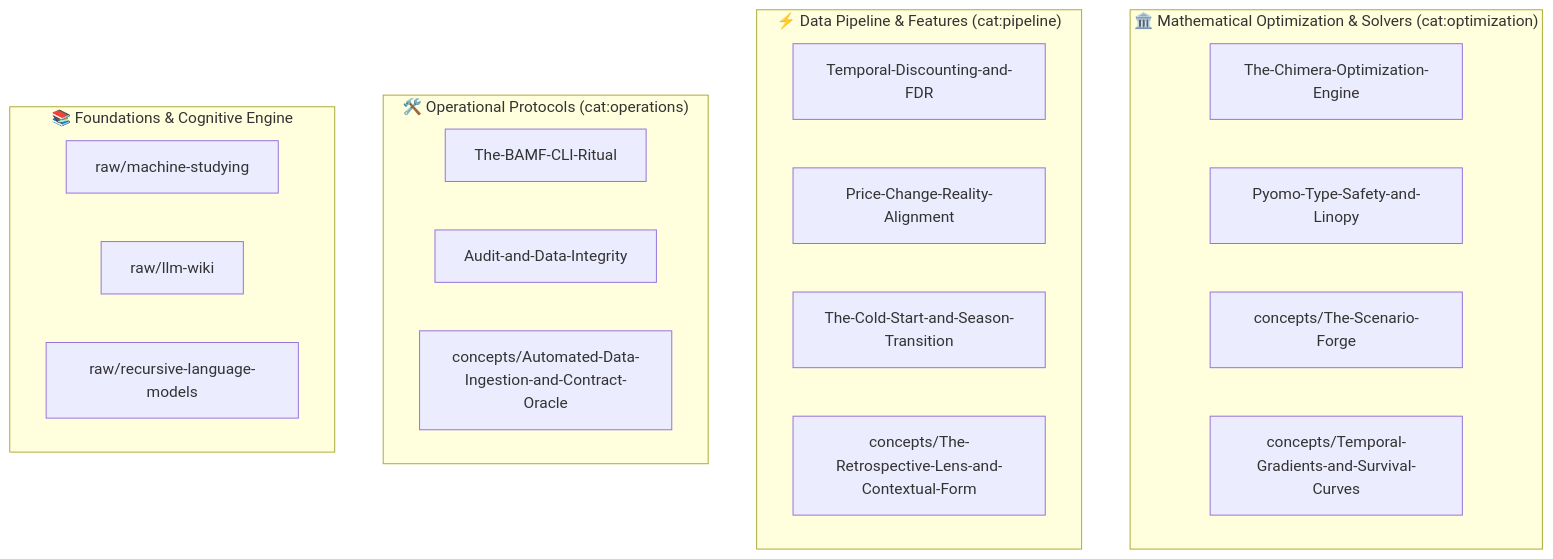
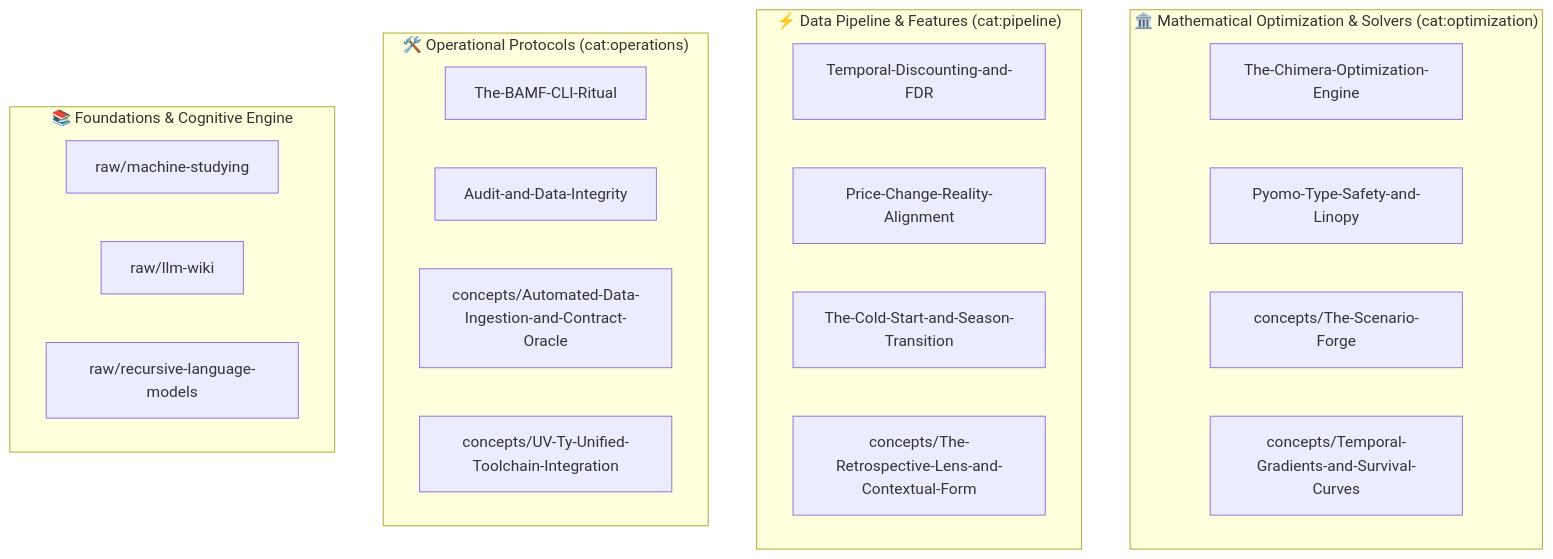
Before and after one commit to ianchanning/fpl-dominator: the diagram in .agents/skills/fpl-machine-studying-wiki/wiki/index.md, drawn with Mermaid. The commit also changed other lines of this file and 9 other files, not shown here.

First line of the commit message:
feat: unified uv-ty toolchain integration (uv check, pre-commit, CI quality gate, Dockerfile verifier)

````diff
--- a/.agents/skills/fpl-machine-studying-wiki/wiki/index.md
+++ b/.agents/skills/fpl-machine-studying-wiki/wiki/index.md
@@ -3,28 +3,29 @@
 ```mermaid
 graph TD
     subgraph "🏛️ Mathematical Optimization & Solvers (cat:optimization)"
         O1[The-Chimera-Optimization-Engine]
         O2[Pyomo-Type-Safety-and-Linopy]
         O3[concepts/The-Scenario-Forge]
         O4[concepts/Temporal-Gradients-and-Survival-Curves]
     end
 
     subgraph "⚡ Data Pipeline & Features (cat:pipeline)"
         P1[Temporal-Discounting-and-FDR]
         P2[Price-Change-Reality-Alignment]
         P3[The-Cold-Start-and-Season-Transition]
         P4[concepts/The-Retrospective-Lens-and-Contextual-Form]
     end
 
     subgraph "🛠️ Operational Protocols (cat:operations)"
         R1[The-BAMF-CLI-Ritual]
         R2[Audit-and-Data-Integrity]
         R3[concepts/Automated-Data-Ingestion-and-Contract-Oracle]
+        R4[concepts/UV-Ty-Unified-Toolchain-Integration]
     end
 
     subgraph "📚 Foundations & Cognitive Engine"
         F1[raw/machine-studying]
         F2[raw/llm-wiki]
         F3[raw/recursive-language-models]
     end
 ```
````
